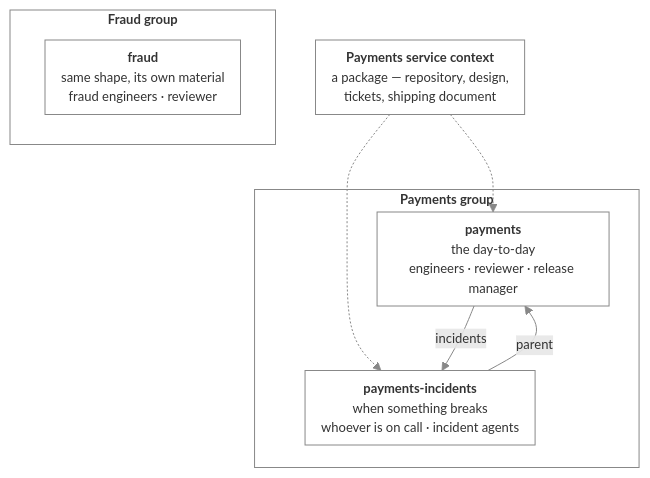
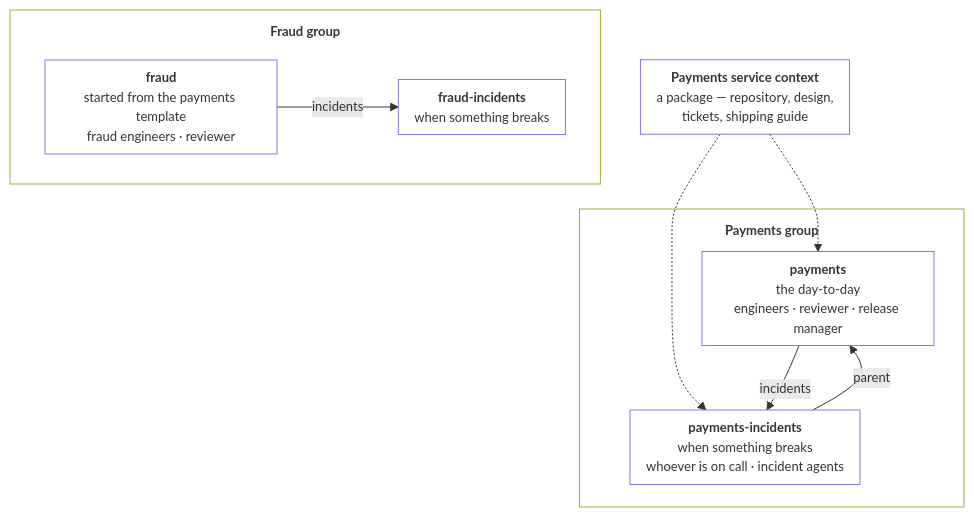
One commit to sandbox-quantum/switch changed the diagram in docs/official/building/grow-into-an-organization.md. Above: the diagram before and after it, drawn with Mermaid. The commit also changed other lines of this file and 73 other files, not shown here.

````diff
--- a/docs/official/building/grow-into-an-organization.md
+++ b/docs/official/building/grow-into-an-organization.md
@@ -15,25 +15,26 @@
 ```mermaid
-%%{init: {'themeVariables': {'fontSize': '13px'}, 'flowchart': {'padding': 8, 'nodeSpacing': 40, 'rankSpacing': 45}}}%%
+%%{init: {'themeVariables': {'fontSize': '13px'}, 'flowchart': {'padding': 8, 'nodeSpacing': 40, 'rankSpacing': 45, 'subGraphTitleMargin': {'top': 12, 'bottom': 8}}}}%%
 flowchart TB
-  pkg["<b>Payments service context</b><br/>a package — repository, design,<br/>tickets, shipping document"]
+  pkg["<b>Payments service context</b><br/>a package — repository, design,<br/>tickets, shipping guide"]
 
   subgraph payments["<b>Payments group</b>"]
     main["<b>payments</b><br/>the day-to-day<br/>engineers · reviewer · release manager"]
     inc["<b>payments-incidents</b><br/>when something breaks<br/>whoever is on call · incident agents"]
   end
 
   subgraph fraud["<b>Fraud group</b>"]
-    fmain["<b>fraud</b><br/>same shape, its own material<br/>fraud engineers · reviewer"]
+    fmain["<b>fraud</b><br/>started from the payments template<br/>fraud engineers · reviewer"]
+    finc["<b>fraud-incidents</b><br/>when something breaks"]
   end
 
   pkg -.-> main
   pkg -.-> inc
   main -->|incidents| inc
   inc -->|parent| main
+  fmain -->|incidents| finc
 
-  classDef plain fill:none,stroke:#888888,stroke-width:1px
-  class pkg,main,inc,fmain plain
-  style payments fill:none,stroke:#888888,stroke-width:1px
-  style fraud fill:none,stroke:#888888,stroke-width:1px
-  linkStyle default stroke:#888888
+  classDef plain fill:none,stroke-width:1px
+  class pkg,main,inc,fmain,finc plain
+  style payments fill:none,stroke-width:1px
+  style fraud fill:none,stroke-width:1px
 ```
````
